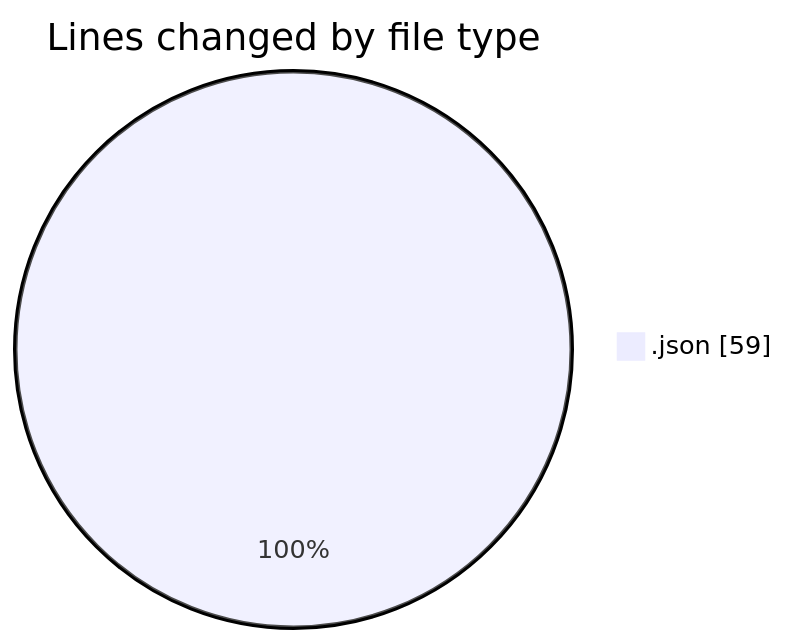
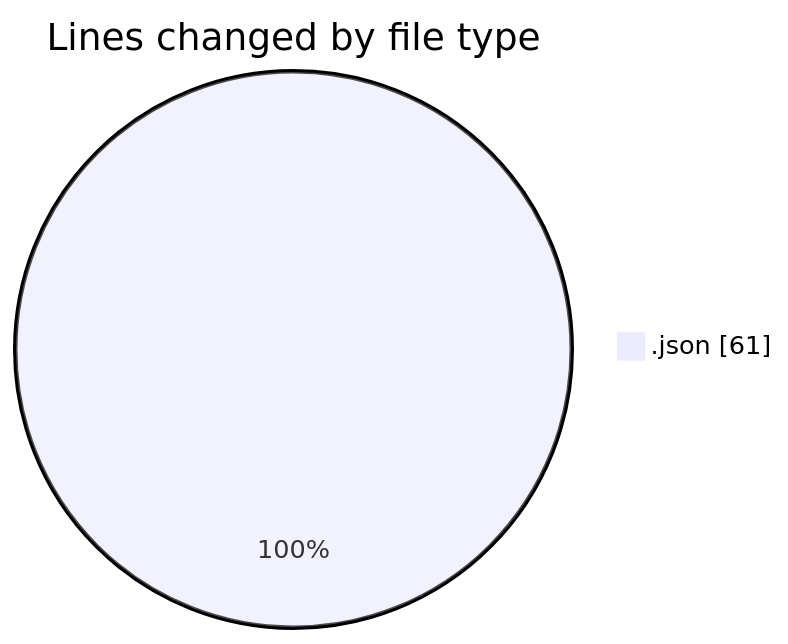
The first of 2 diagrams in 2026-04-13/cda/README.md (momahboobian/code-tracking), drawn with Mermaid before and after one commit. The commit also changed other lines of this file and 1 other file, not shown here.

````diff
--- a/2026-04-13/cda/README.md
+++ b/2026-04-13/cda/README.md
@@ -20,5 +20,5 @@
 ```mermaid
 pie showData
 title Lines changed by file type
-".json" : 59
+".json" : 61
 ```
````
